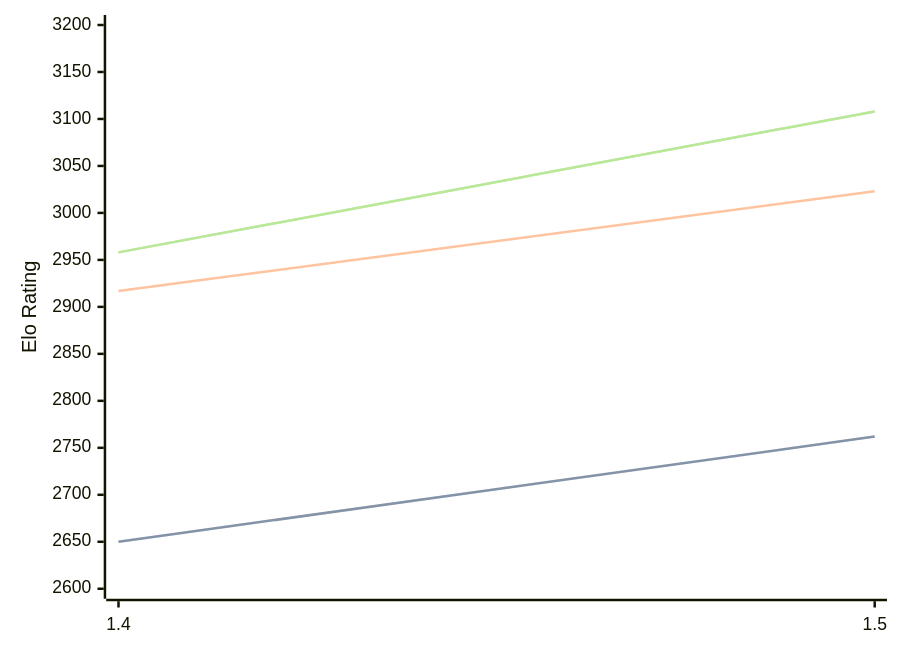
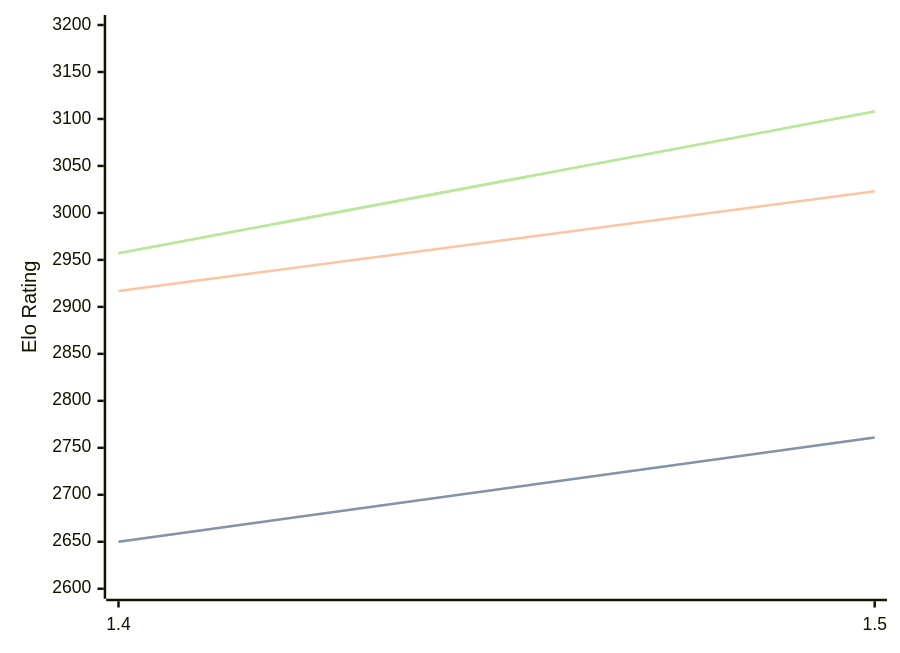
The diagram in engines/Yakka.md (computer-chess-index/cci), drawn with Mermaid before and after one commit. The commit also changed other lines of this file, not shown here.

Commit message:
Update CCI Ratings (ELO VLTC) - 2026-08-28

````diff
--- a/engines/Yakka.md
+++ b/engines/Yakka.md
@@ -32,11 +32,11 @@
 ```mermaid
 %%{init: {"theme":"base","themeVariables":{"seriesColors:['#a3a3a3','#222221','#faa371']}}}%%
 xychart-beta
   x-axis ["1.4", "1.5"]
   y-axis "Elo Rating" 2600 --> 3200
-  line "" [2650, 2762]
-  line "STC (8.0+0.08s)" [2650, 2762]
+  line "" [2650, 2761]
+  line "STC (8.0+0.08s)" [2650, 2761]
   line "LTC (60.0+0.60s)" [2917, 3023]
-  line "" [2958, 3108]
-  line "VLTC (2m24s+1.12s)" [2958, 3108]
+  line "" [2957, 3108]
+  line "VLTC (2m24s+1.12s)" [2957, 3108]
 ```
````
